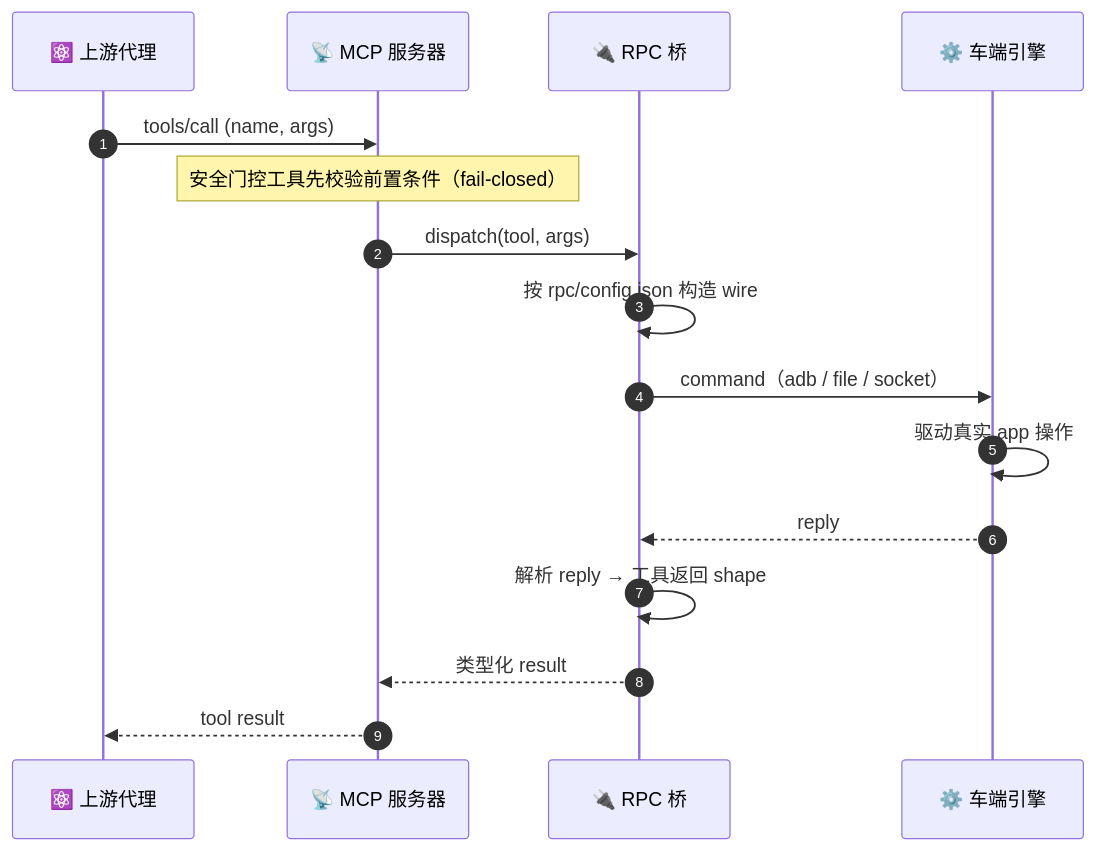
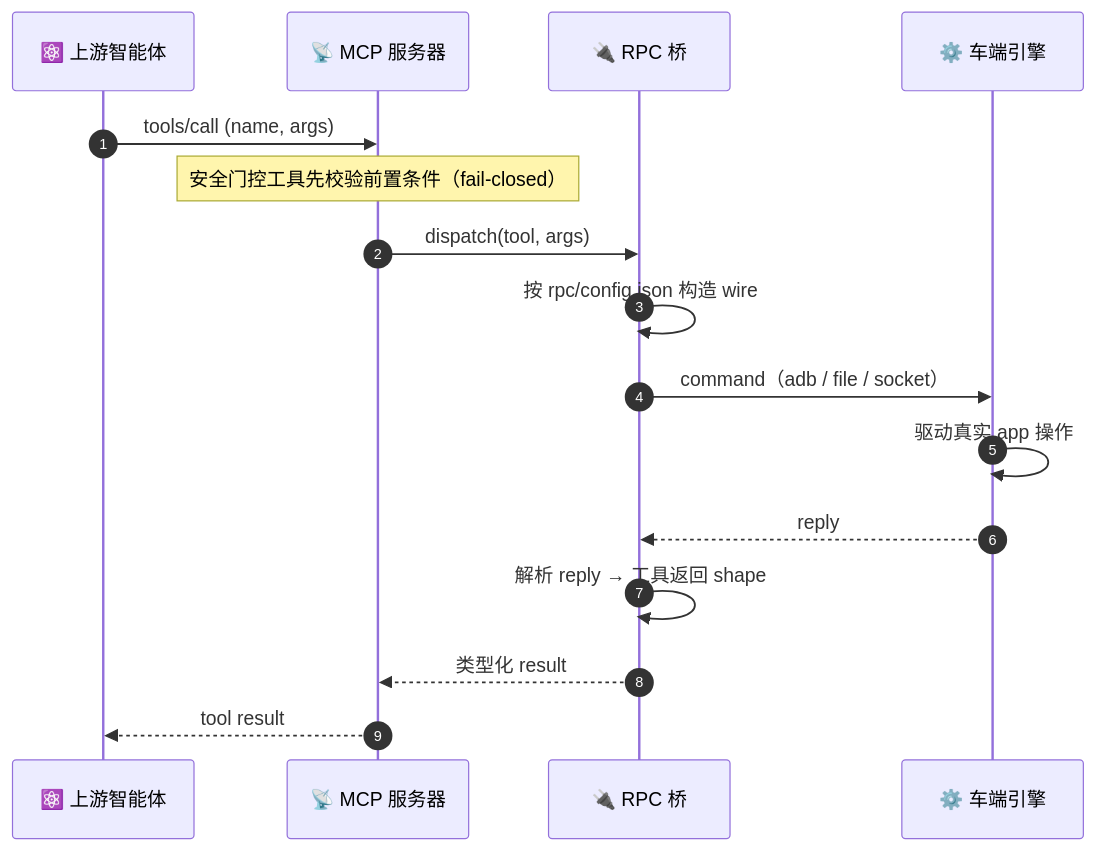
One commit to MatCaviar/BRIDGE changed the second of 2 diagrams in README.zh-CN.md. Above: the diagram before and after it, drawn with Mermaid. The commit also changed other lines of this file and 1 other file, not shown here.

Commit message:
docs(readme): rename opening to 代码智能体套件/Code Agent Suite BRIDGE; 代理→智能体; drop second-person 你 in zh

````diff
--- a/README.zh-CN.md
+++ b/README.zh-CN.md
@@ -67,19 +67,19 @@
 ```mermaid
 sequenceDiagram
     autonumber
-    participant Agent as ⚛️ 上游代理
+    participant Agent as ⚛️ 上游智能体
     participant Server as 📡 MCP 服务器
     participant Bridge as 🔌 RPC 桥
     participant Engine as ⚙️ 车端引擎
 
     Agent->>Server: tools/call (name, args)
     Note over Server: 安全门控工具先校验前置条件（fail-closed）
     Server->>Bridge: dispatch(tool, args)
     Bridge->>Bridge: 按 rpc/config.json 构造 wire
     Bridge->>Engine: command（adb / file / socket）
     Engine->>Engine: 驱动真实 app 操作
     Engine-->>Bridge: reply
     Bridge->>Bridge: 解析 reply → 工具返回 shape
     Bridge-->>Server: 类型化 result
     Server-->>Agent: tool result
 ```
````
